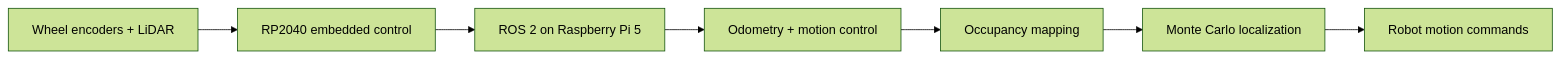
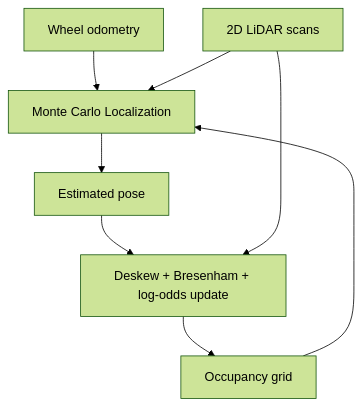
The diagram in README.md (anuj519/mbot-autonomous-navigation), drawn with Mermaid (forest theme) before and after one commit. The commit also changed other lines of this file and 13 other files, not shown here.

````diff
--- a/README.md
+++ b/README.md
@@ -22,9 +49,10 @@
 ```mermaid
-flowchart LR
-    S["Wheel encoders + LiDAR"] --> E["RP2040 embedded control"]
-    E --> R["ROS 2 on Raspberry Pi 5"]
-    R --> O["Odometry + motion control"]
-    O --> M["Occupancy mapping"]
-    M --> L["Monte Carlo localization"]
-    L --> C["Robot motion commands"]
+flowchart TD
+    O["Wheel odometry"] --> PF["Monte Carlo Localization"]
+    L["2D LiDAR scans"] --> PF
+    PF --> P["Estimated pose"]
+    P --> M["Deskew + Bresenham + log-odds update"]
+    L --> M
+    M --> G["Occupancy grid"]
+    G --> PF
 ```
````
